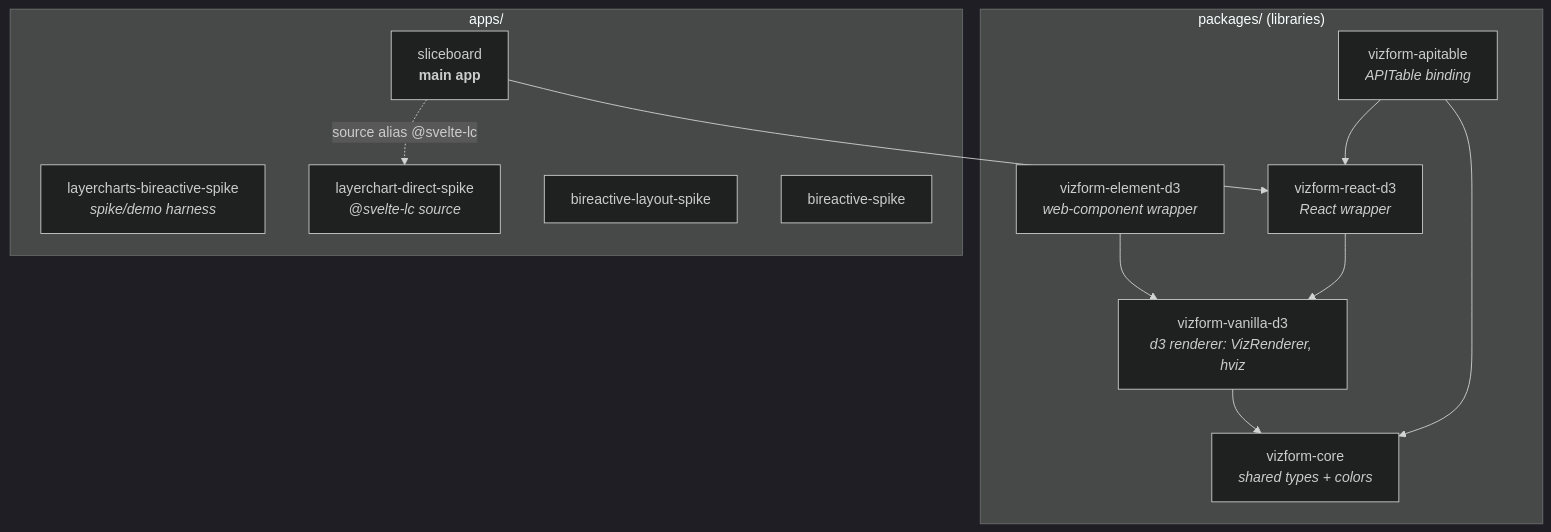
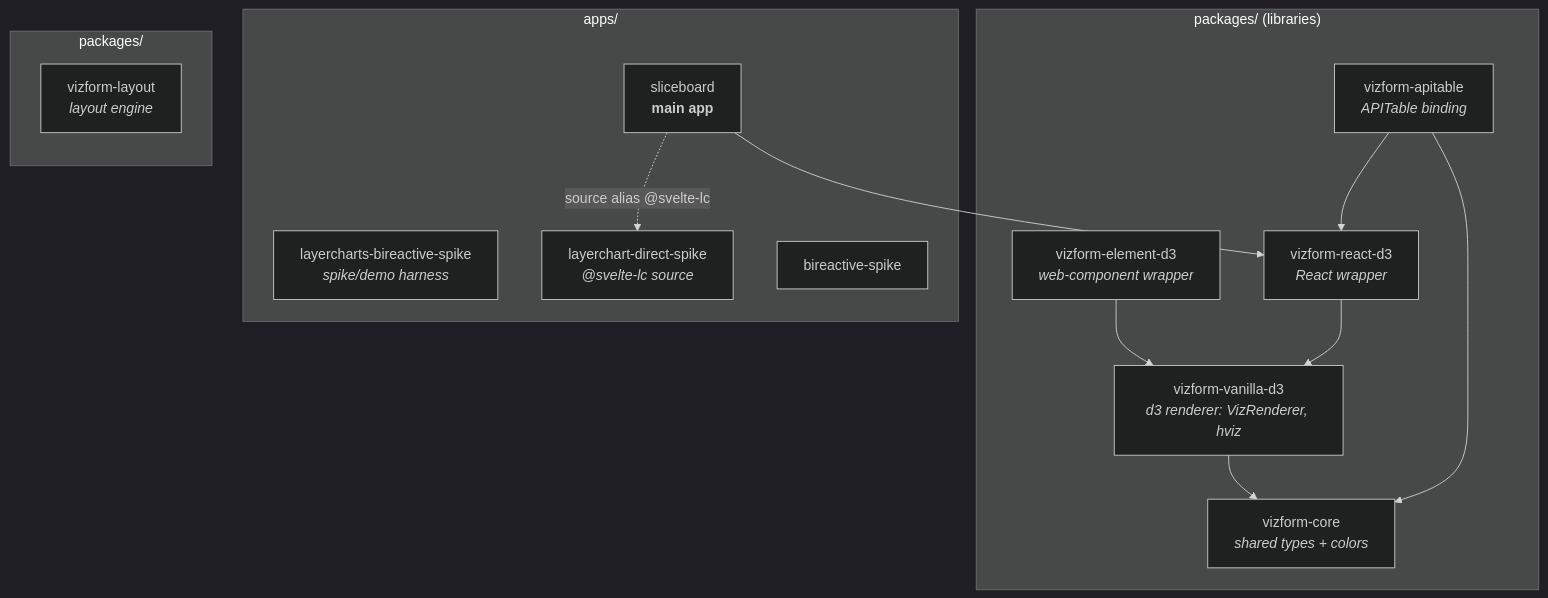
One commit to WinstonFassett/hotbook changed the first of 2 diagrams in docs/dependencies.md. Above: the diagram before and after it, drawn with Mermaid (dark theme). The commit also changed other lines of this file and 32 other files, not shown here.

First line of the commit message:
feat: promote layout spike to packages/vizform-layout

````diff
--- a/docs/dependencies.md
+++ b/docs/dependencies.md
@@ -12,26 +12,30 @@
 ```mermaid
 graph TD
   subgraph pkgs["packages/ (libraries)"]
     core["vizform-core<br/><i>shared types + colors</i>"]
     vanilla["vizform-vanilla-d3<br/><i>d3 renderer: VizRenderer, hviz</i>"]
     elem["vizform-element-d3<br/><i>web-component wrapper</i>"]
     reactd3["vizform-react-d3<br/><i>React wrapper</i>"]
     apitable["vizform-apitable<br/><i>APITable binding</i>"]
   end
 
   subgraph apps["apps/"]
     slice["sliceboard<br/><b>main app</b>"]
     brlc["layercharts-bireactive-spike<br/><i>spike/demo harness</i>"]
     sveltelc["layerchart-direct-spike<br/><i>@svelte-lc source</i>"]
-    nativelayout["bireactive-layout-spike"]
     brspike["bireactive-spike"]
+  end
+
+  subgraph packages["packages/"]
+    direction TB
+    nativelayout["vizform-layout<br/><i>layout engine</i>"]
   end
 
   vanilla --> core
   elem --> vanilla
   reactd3 --> vanilla
   apitable --> core
   apitable --> reactd3
   slice --> reactd3
   slice -. "source alias @svelte-lc" .-> sveltelc
 ```
````
